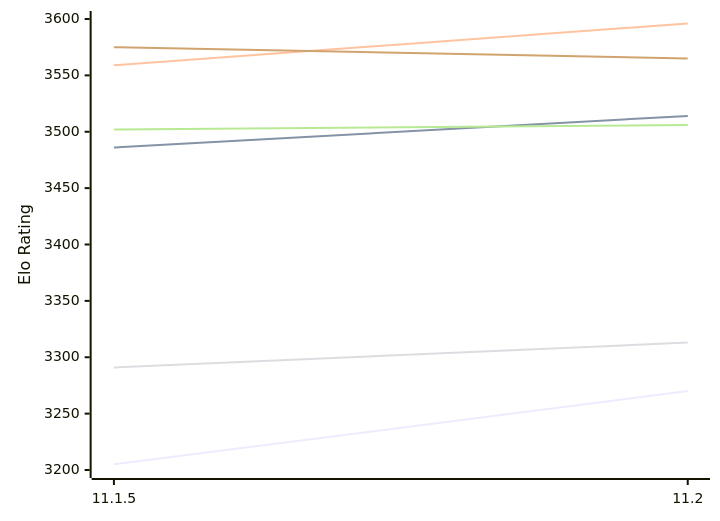
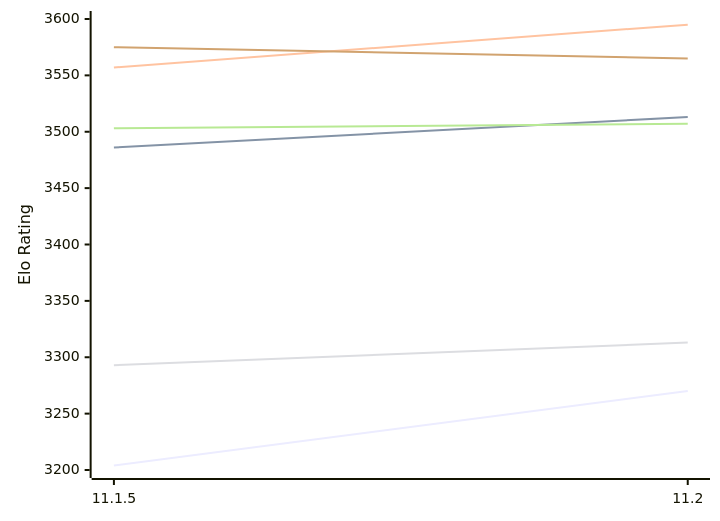
One commit to computer-chess-index/cci changed the first of 2 diagrams in engines/Lizard.md. Above: the diagram before and after it, drawn with Mermaid. The commit also changed other lines of this file, not shown here.

Commit message:
Update CCI Ratings (ELO VLTC) - 2026-11-28

````diff
--- a/engines/Lizard.md
+++ b/engines/Lizard.md
@@ -52,12 +52,12 @@
 ```mermaid
 %%{init: {"theme":"base","themeVariables":{"seriesColors:['#a3a3a3','#222221','#faa371']}}}%%
 xychart-beta
   x-axis ["11.1.5", "11.2"]
   y-axis "Elo Rating" 3200 --> 3600
-  line "E1: STC (8.0+0.08s)" [3205, 3270]
-  line "E1: LTC (60.0+0.60s)" [3486, 3514]
-  line "E1: VLTC (2m24s+1.12s)" [3559, 3596]
-  line "P1: STC (8.0+0.08s)" [3291, 3313]
-  line "P1: LTC (60.0+0.60s)" [3502, 3506]
+  line "E1: STC (8.0+0.08s)" [3204, 3270]
+  line "E1: LTC (60.0+0.60s)" [3486, 3513]
+  line "E1: VLTC (2m24s+1.12s)" [3557, 3595]
+  line "P1: STC (8.0+0.08s)" [3293, 3313]
+  line "P1: LTC (60.0+0.60s)" [3503, 3507]
   line "P1: VLTC (2m24s+1.12s)" [3575, 3565]
 ```
````
